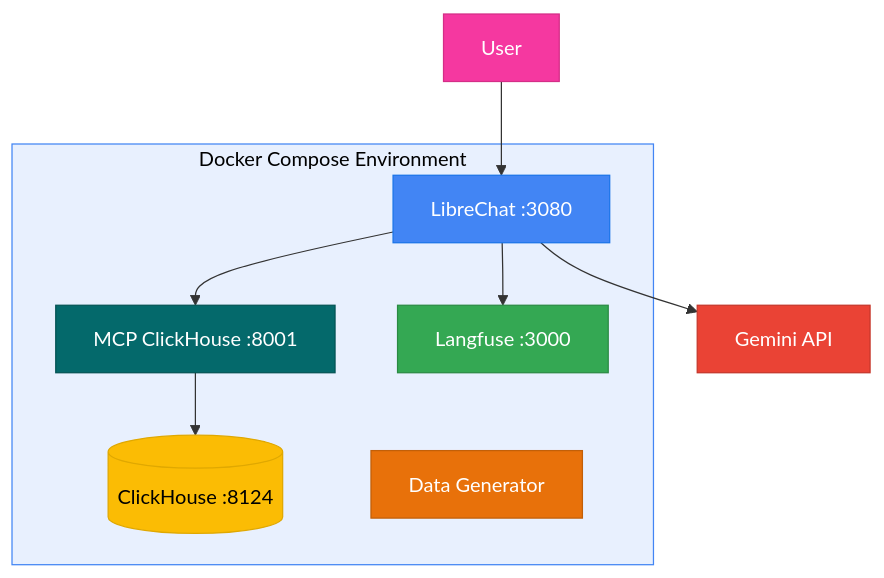
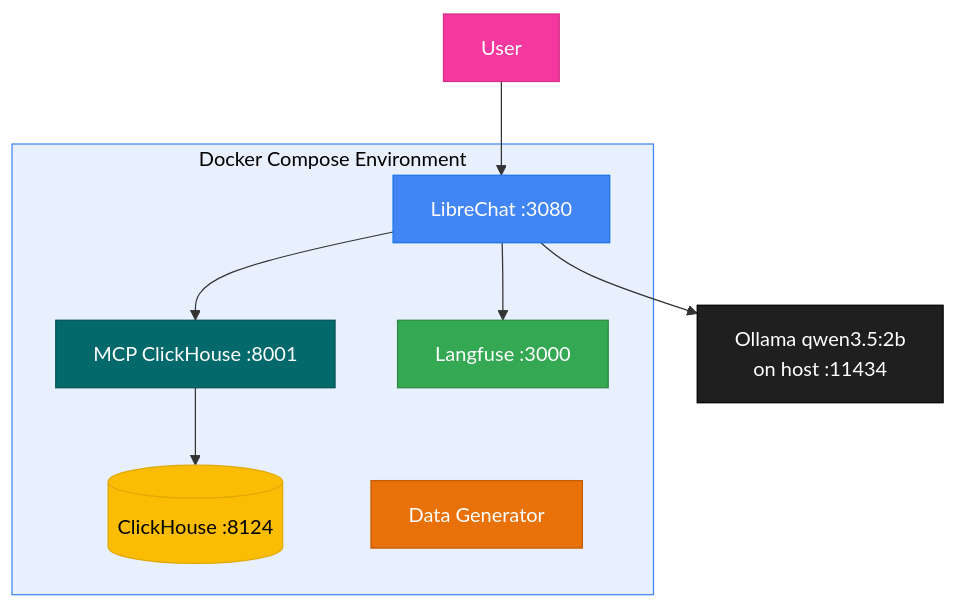
Before and after one commit to ClickHouse/ClickHouse_Demos: the first of 4 diagrams in agent_stack_builds/telco_marketing/README.md, drawn with Mermaid. The commit also changed other lines of this file, not shown here.

First line of the commit message:
docs(telco_marketing): scrub stale Gemini/GOOGLE_KEY refs from README

````diff
--- a/agent_stack_builds/telco_marketing/README.md
+++ b/agent_stack_builds/telco_marketing/README.md
@@ -98,24 +97,24 @@
 ```mermaid
 flowchart TB
     subgraph Docker["Docker Compose Environment"]
         LC[LibreChat :3080]
         MCP[MCP ClickHouse :8001]
         CH[(ClickHouse :8124)]
         LF[Langfuse :3000]
         DG[Data Generator]
         LC --> LF
         LC --> MCP
         MCP --> CH
     end
-    LC --> GEMINI[Gemini API]
+    LC --> OLLAMA[Ollama qwen3.5:2b<br/>on host :11434]
     USER[User] --> LC
 
     style LC fill:#4285F4,stroke:#1a73e8,color:#fff
     style MCP fill:#04696B,stroke:#035354,color:#fff
     style CH fill:#FBBC04,stroke:#e0a800,color:#000
     style LF fill:#34A853,stroke:#2a8a43,color:#fff
     style DG fill:#E8710A,stroke:#c25f08,color:#fff
-    style GEMINI fill:#EA4335,stroke:#c5362a,color:#fff
+    style OLLAMA fill:#1F1F1F,stroke:#000,color:#fff
     style USER fill:#F538A0,stroke:#d42e87,color:#fff
     style Docker fill:#e8f0fe,stroke:#4285F4,color:#000
 ```
````
